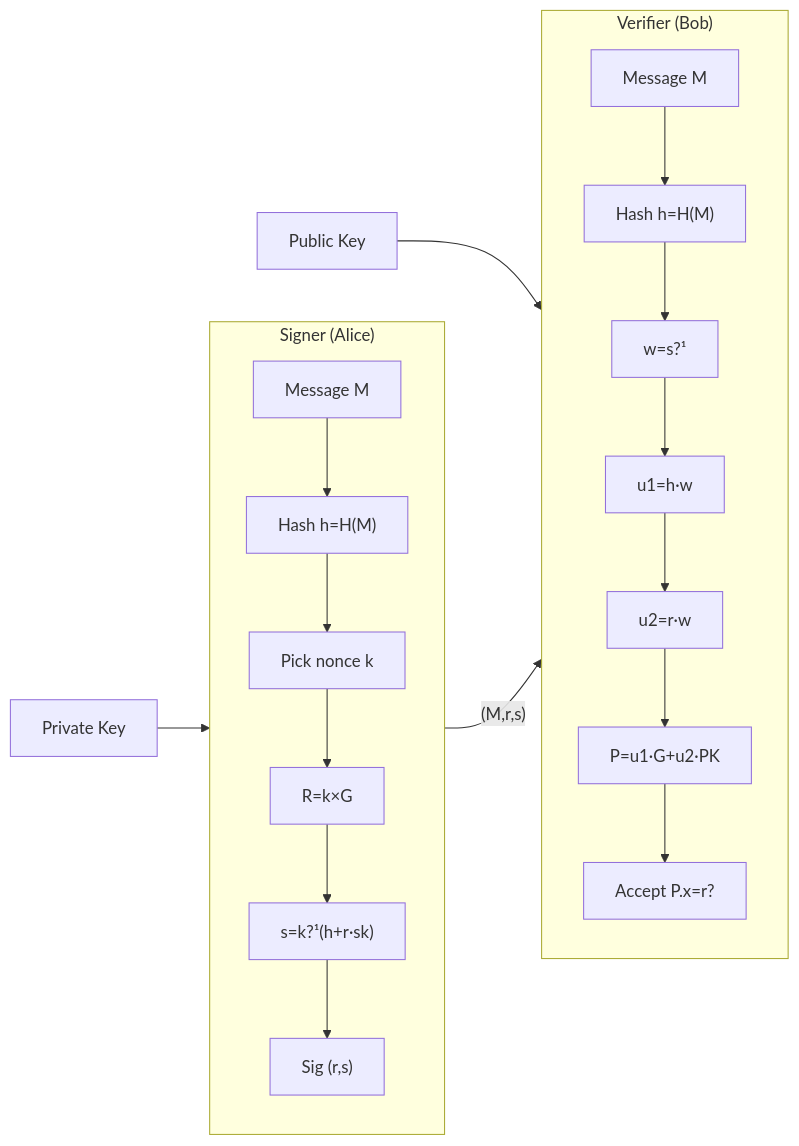
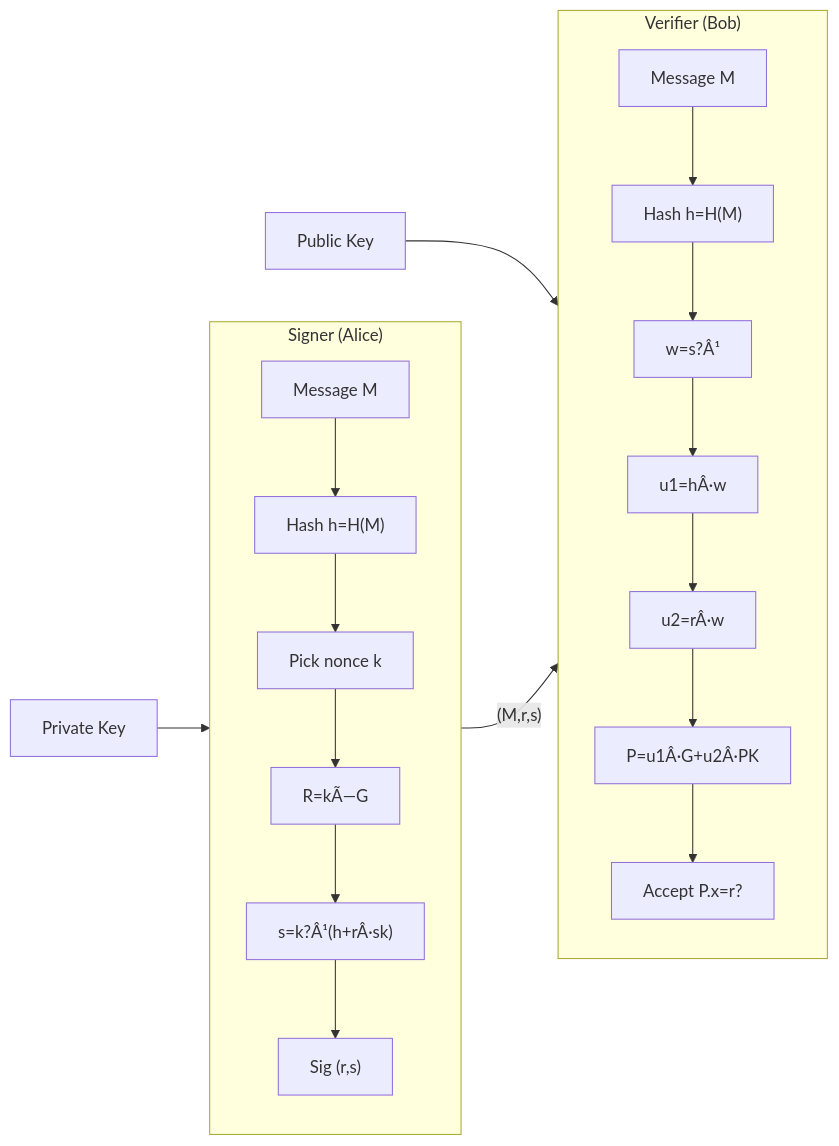
The eighth of 8 diagrams in docs/courses/blockchain/02-cryptography.md (Raushan666java/ai-engineering-journey), drawn with Mermaid before and after one commit. The commit also changed other lines of this file and 735 other files, not shown here.

````diff
--- a/docs/courses/blockchain/02-cryptography.md
+++ b/docs/courses/blockchain/02-cryptography.md
@@ -556,17 +556,17 @@
 ```mermaid
 flowchart LR
     subgraph Signer["Signer (Alice)"]
         direction TB
         A1["Message M"] --> A2["Hash h=H(M)"] --> A3["Pick nonce k"]
-        A3 --> A4["R=k×G"] --> A5["s=k?¹(h+r·sk)"] --> A6["Sig (r,s)"]
+        A3 --> A4["R=kÃ—G"] --> A5["s=k?Â¹(h+rÂ·sk)"] --> A6["Sig (r,s)"]
     end
     subgraph Verifier["Verifier (Bob)"]
         direction TB
-        B1["Message M"] --> B2["Hash h=H(M)"] --> B3["w=s?¹"]
-        B3 --> B4["u1=h·w"] --> B5["u2=r·w"]
-        B5 --> B6["P=u1·G+u2·PK"] --> B7["Accept P.x=r?"]
+        B1["Message M"] --> B2["Hash h=H(M)"] --> B3["w=s?Â¹"]
+        B3 --> B4["u1=hÂ·w"] --> B5["u2=rÂ·w"]
+        B5 --> B6["P=u1Â·G+u2Â·PK"] --> B7["Accept P.x=r?"]
     end
     AliceSK["Private Key"] --> A5
     AlicePK["Public Key"] --> B6
     Signer -->|"(M,r,s)"| Verifier
 ```
````
